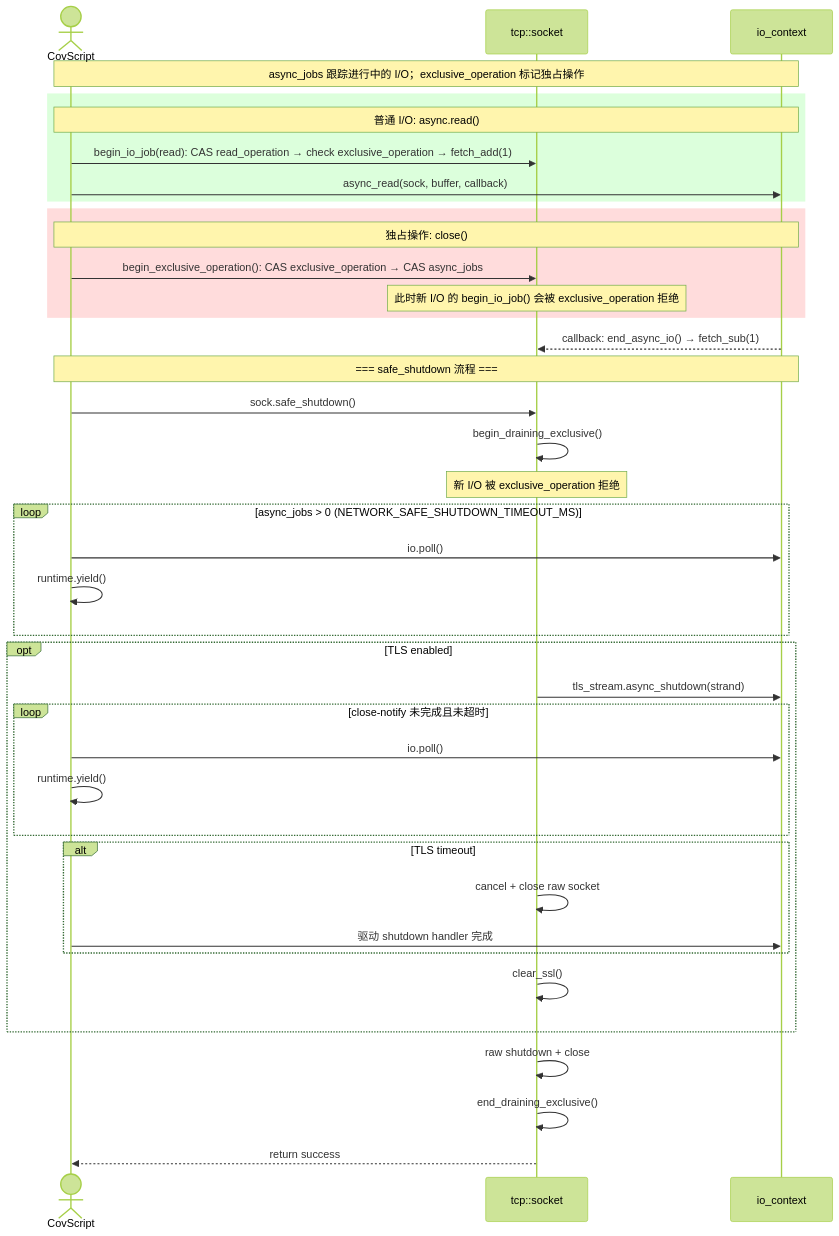
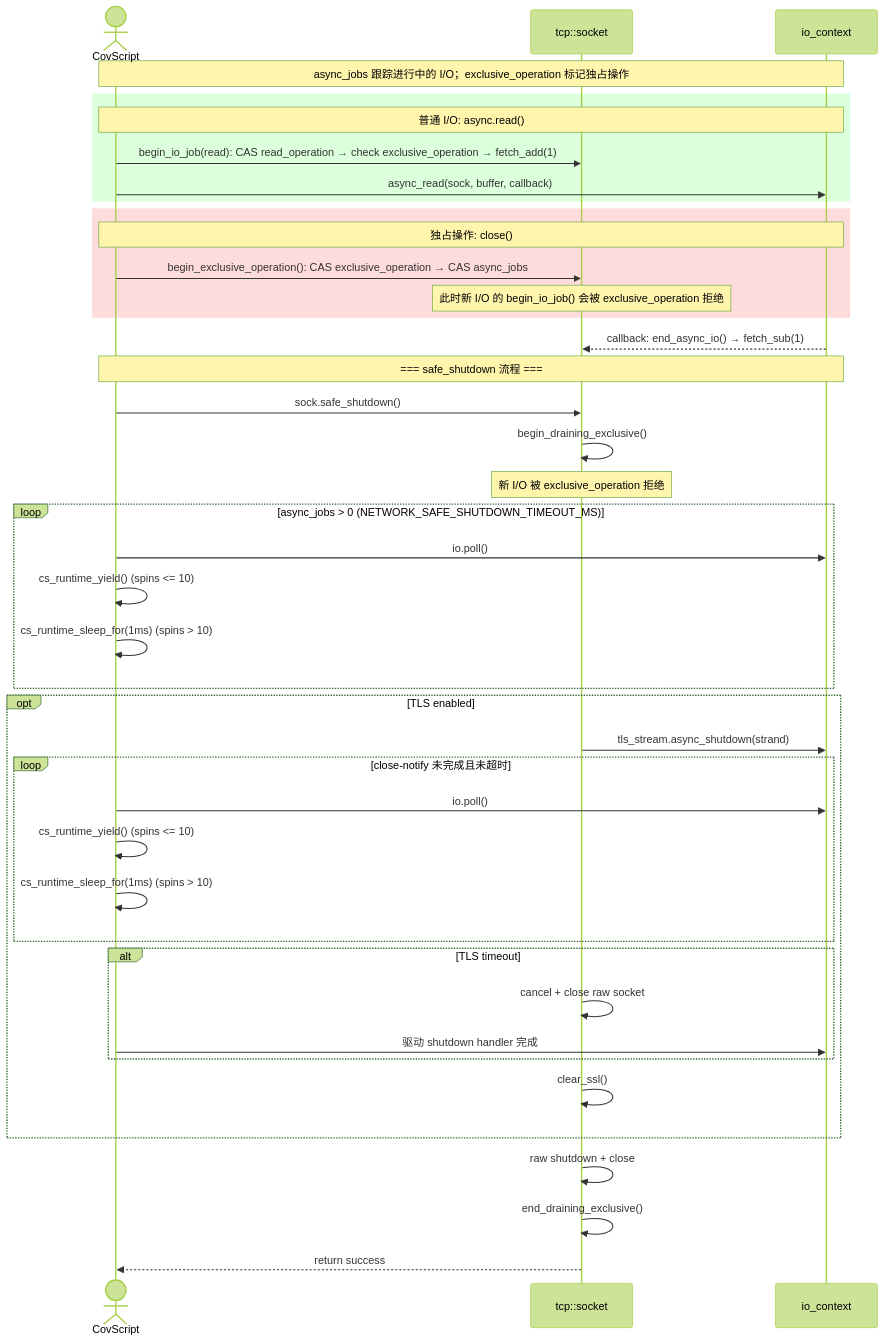
Before and after one commit to covscript/covscript-network: the eighth of 9 diagrams in docs/async-architecture.md, drawn with Mermaid (forest theme). The commit also changed other lines of this file and 10 other files, not shown here.

````diff
--- a/docs/async-architecture.md
+++ b/docs/async-architecture.md
@@ -387,46 +389,48 @@
 ```mermaid
 sequenceDiagram
     actor Script as CovScript
     participant Sock as tcp::socket
     participant IO as io_context
 
     Note over Script,IO: async_jobs 跟踪进行中的 I/O；exclusive_operation 标记独占操作
 
     rect rgb(220, 255, 220)
     Note over Script,IO: 普通 I/O: async.read()
     Script->>Sock: begin_io_job(read): CAS read_operation → check exclusive_operation → fetch_add(1)
     Script->>IO: async_read(sock, buffer, callback)
     end
 
     rect rgb(255, 220, 220)
     Note over Script,IO: 独占操作: close()
     Script->>Sock: begin_exclusive_operation(): CAS exclusive_operation → CAS async_jobs
     Note over Sock: 此时新 I/O 的 begin_io_job() 会被 exclusive_operation 拒绝
     end
 
     IO-->>Sock: callback: end_async_io() → fetch_sub(1)
 
     Note over Script,IO: === safe_shutdown 流程 ===
     Script->>Sock: sock.safe_shutdown()
     Sock->>Sock: begin_draining_exclusive()
     Note over Sock: 新 I/O 被 exclusive_operation 拒绝
     loop async_jobs > 0 (NETWORK_SAFE_SHUTDOWN_TIMEOUT_MS)
         Script->>IO: io.poll()
-        Script->>Script: runtime.yield()
+        Script->>Script: cs_runtime_yield() (spins <= 10)
+    Script->>Script: cs_runtime_sleep_for(1ms) (spins > 10)
     end
     opt TLS enabled
         Sock->>IO: tls_stream.async_shutdown(strand)
         loop close-notify 未完成且未超时
             Script->>IO: io.poll()
-            Script->>Script: runtime.yield()
+            Script->>Script: cs_runtime_yield() (spins <= 10)
+    Script->>Script: cs_runtime_sleep_for(1ms) (spins > 10)
         end
         alt TLS timeout
             Sock->>Sock: cancel + close raw socket
             Script->>IO: 驱动 shutdown handler 完成
         end
         Sock->>Sock: clear_ssl()
     end
     Sock->>Sock: raw shutdown + close
     Sock->>Sock: end_draining_exclusive()
     Sock-->>Script: return success
 ```
````
